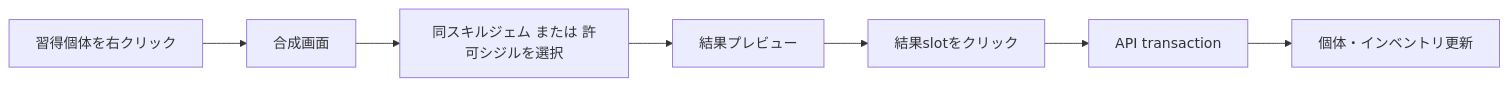
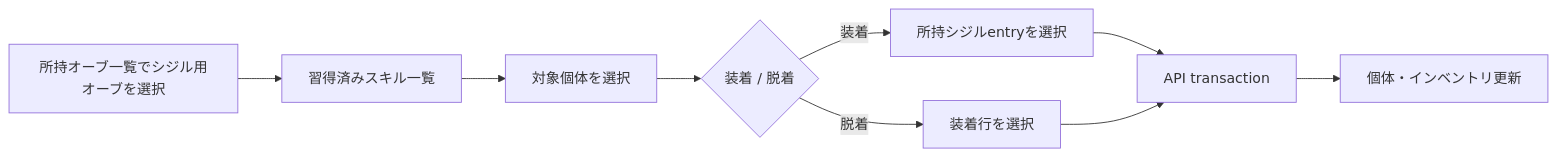
The third of 3 diagrams in 00_docs/10_Plugin設計書/feature/13-skill/4-統合フロー/13_4-スキルバインドGUI.md (maaasu/AstralRecord-Workspace), drawn with Mermaid before and after one commit. The commit also changed other lines of this file and 41 other files, not shown here.

````diff
--- a/00_docs/10_Plugin設計書/feature/13-skill/4-統合フロー/13_4-スキルバインドGUI.md
+++ b/00_docs/10_Plugin設計書/feature/13-skill/4-統合フロー/13_4-スキルバインドGUI.md
@@ -58,9 +58,11 @@
 ```mermaid
 flowchart LR
-    A[習得個体を右クリック] --> B[合成画面]
-    B --> C[同スキルジェム または 許可シジルを選択]
-    C --> D[結果プレビュー]
-    D --> E[結果slotをクリック]
-    E --> F[API transaction]
-    F --> G[個体・インベントリ更新]
+    A[所持オーブ一覧でシジル用オーブを選択] --> B[習得済みスキル一覧]
+    B --> C[対象個体を選択]
+    C --> D{装着 / 脱着}
+    D -->|装着| E[所持シジルentryを選択]
+    D -->|脱着| F[装着行を選択]
+    E --> G[API transaction]
+    F --> G
+    G --> H[個体・インベントリ更新]
 ```
````
